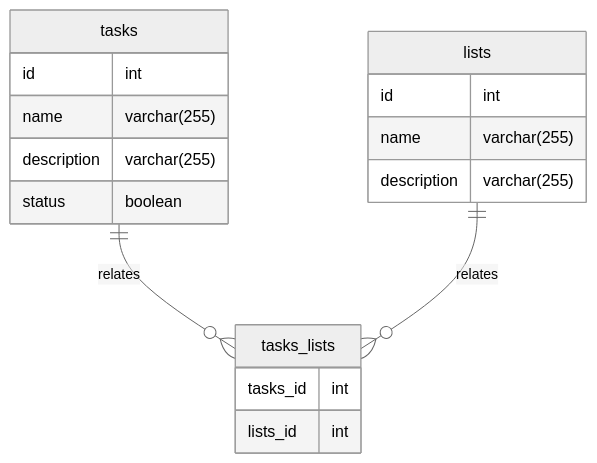
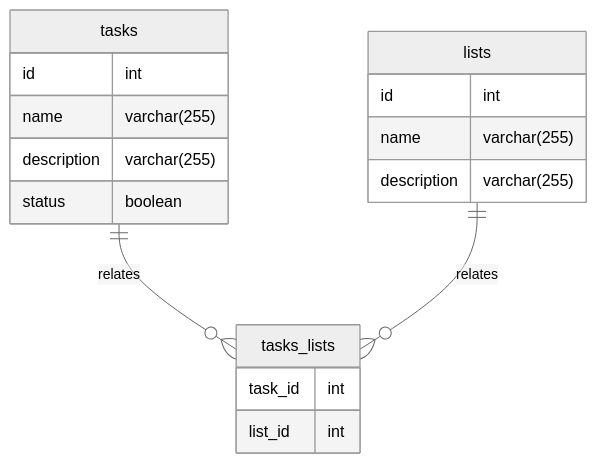
The diagram in README.md (jonathas/todo-service), drawn with Mermaid (neutral theme) before and after one commit. The commit also changed 14 other files, not shown here.

````diff
--- a/README.md
+++ b/README.md
@@ -59,21 +59,21 @@
 ```mermaid
 erDiagram
     tasks ||--o{ tasks_lists : relates
     lists ||--o{ tasks_lists : relates
 
     tasks {
         id int
         name varchar(255)
         description varchar(255)
         status boolean
     }
     lists {
       id int
       name varchar(255)
       description varchar(255)
     }
     tasks_lists {
-      tasks_id int
-      lists_id int
+      task_id int
+      list_id int
     }
 ```
````
